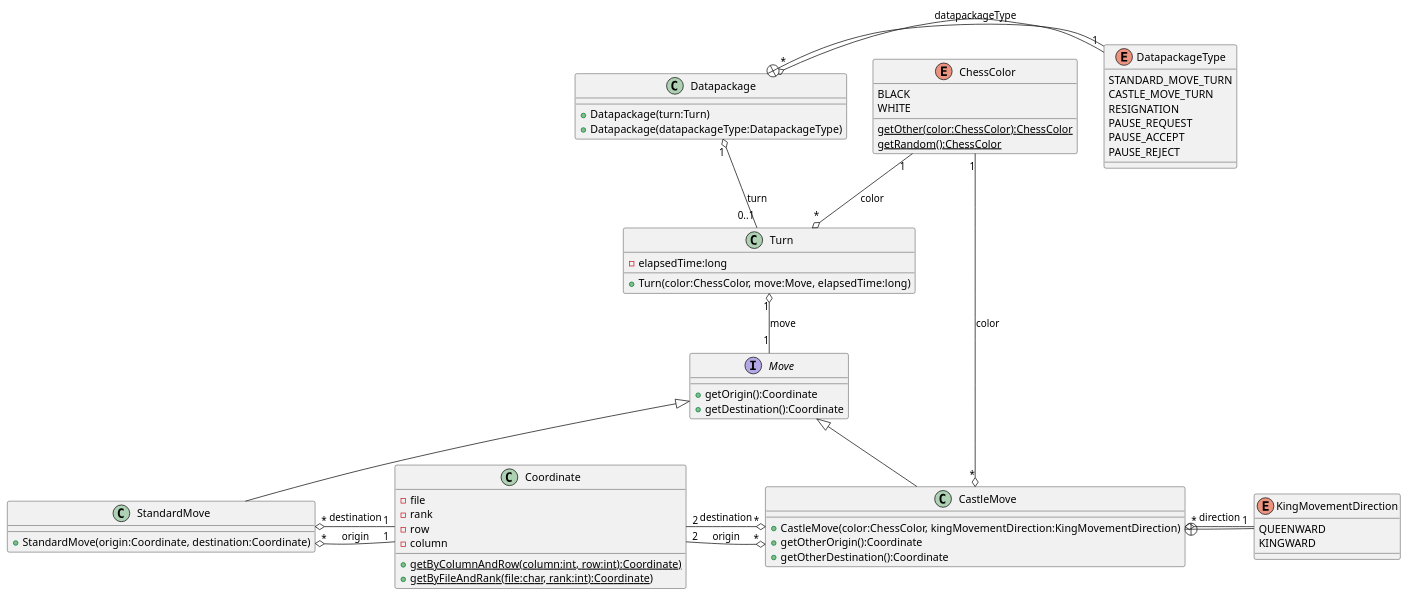
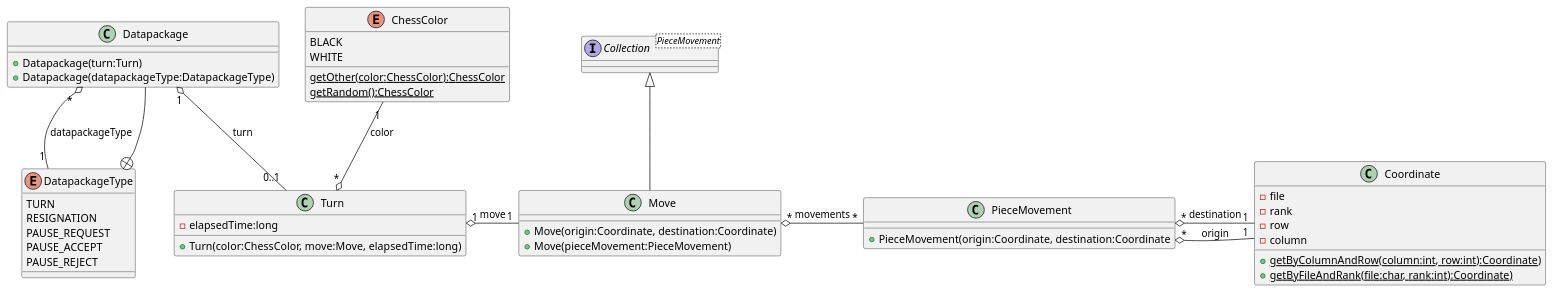
Before and after one commit to saunders94/JarChess: the diagram in docs/4_design_documents/class_diagrams/match/Datapackage.puml, drawn with PlantUML. The commit also changed 1 other file, not shown here.

Commit message:
Changed class diagram to reflect the changes to Move classes.

```diff
--- a/docs/4_design_documents/class_diagrams/match/Datapackage.puml
+++ b/docs/4_design_documents/class_diagrams/match/Datapackage.puml
@@ -1,79 +1,65 @@
 @startuml
 
 class Datapackage{
 +Datapackage(turn:Turn)
 +Datapackage(datapackageType:DatapackageType)
 }
 
 enum DatapackageType{
-        STANDARD_MOVE_TURN
-        CASTLE_MOVE_TURN
+        TURN
         RESIGNATION
         PAUSE_REQUEST
         PAUSE_ACCEPT
         PAUSE_REJECT
 }
 
 
 class Turn{
 -elapsedTime:long
 +Turn(color:ChessColor, move:Move, elapsedTime:long)
 }
 
 
 enum ChessColor{
 BLACK
 WHITE
 {static} getOther(color:ChessColor):ChessColor
 {static} getRandom():ChessColor
 }
 
+interface Collection<PieceMovement>{
 
-interface Move{
-+getOrigin():Coordinate
-+getDestination():Coordinate
+}
+
+class Move{
++Move(origin:Coordinate, destination:Coordinate)
++Move(pieceMovement:PieceMovement)
+}
+
+class PieceMovement{
++PieceMovement(origin:Coordinate, destination:Coordinate
 }
 
 
-class StandardMove{
-+ StandardMove(origin:Coordinate, destination:Coordinate)
-}
 
 class Coordinate{
 -file
 -rank
 -row
 -column
 + {static}getByColumnAndRow(column:int, row:int):Coordinate)
 + {static}getByFileAndRank(file:char, rank:int):Coordinate)
 }
 
 
-class CastleMove{
-+ CastleMove(color:ChessColor, kingMovementDirection:KingMovementDirection)
-+ getOtherOrigin():Coordinate
-+ getOtherDestination():Coordinate
-}
-
-enum KingMovementDirection{
-QUEENWARD
-KINGWARD
-}
-
-
-DatapackageType "1" --lefto "*" Datapackage: datapackageType
-DatapackageType --+ Datapackage
+Datapackage --+ DatapackageType
+DatapackageType "1" --o "*" Datapackage: datapackageType
 Datapackage "1" o-- "0..1" Turn: turn
-Turn "1" o-- "1" Move: move
-Move <|-down- StandardMove
-Move <|-down- CastleMove
-StandardMove "*" o-right- "1" Coordinate:origin
-StandardMove "*" o- "1" Coordinate:destination
-CastleMove "*" o-left- "2" Coordinate:origin
-CastleMove "*" o- "2" Coordinate:destination
+Turn "1" o- "1" Move: move
+Collection <|-down- Move
+Move "*" o-right- "*" PieceMovement:movements
+PieceMovement "*" o-right- "1" Coordinate:origin
+PieceMovement "*" o-right- "1" Coordinate:destination
 ChessColor "1" --o "*" Turn: color
-ChessColor "1" -o "*" CastleMove: color
-CastleMove +- KingMovementDirection
-KingMovementDirection"1" ---o "*"CastleMove:direction
 
 @enduml
```
